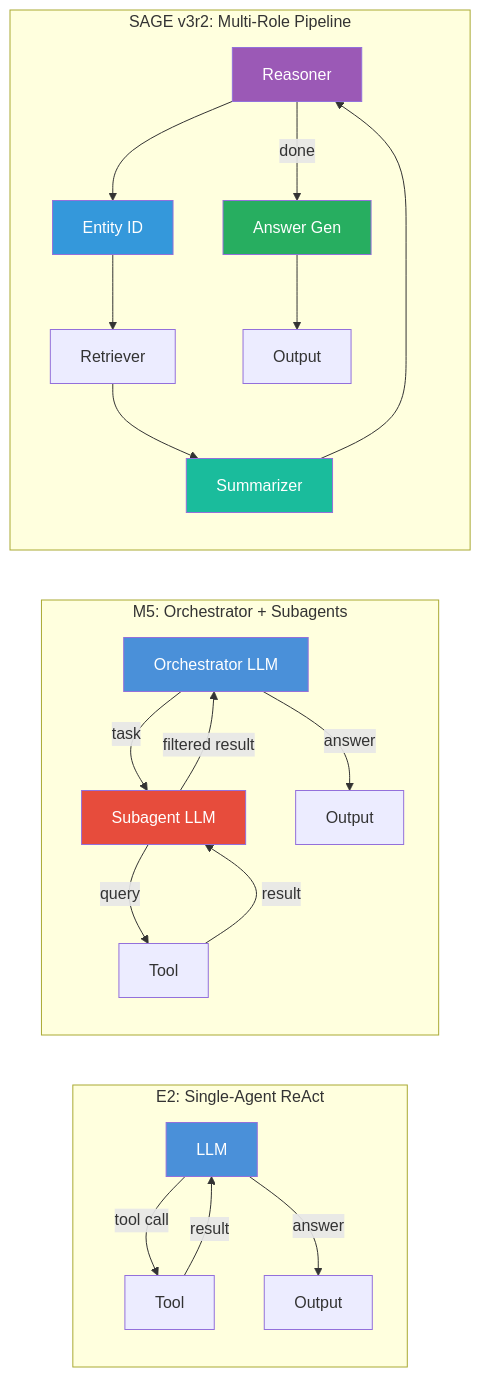
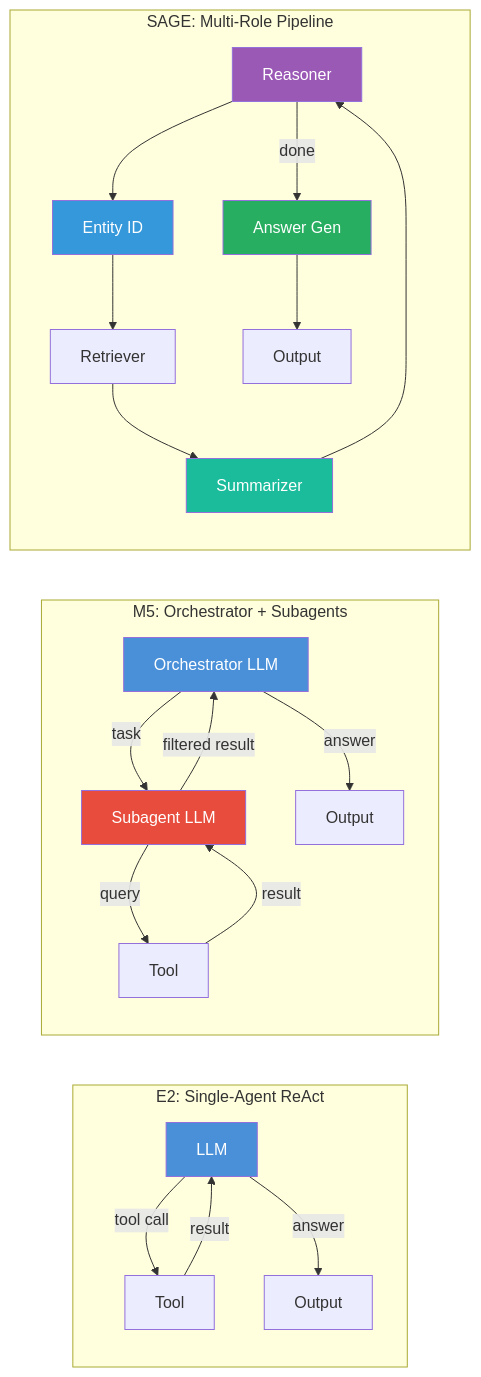
One commit to pradyutnair/msc-thesis changed the fourth of 4 diagrams in 03-sage-multi-agent/ARCHITECTURE.md. Above: the diagram before and after it, drawn with Mermaid. The commit also changed other lines of this file and 224 other files, not shown here.

````diff
--- a/03-sage-multi-agent/ARCHITECTURE.md
+++ b/03-sage-multi-agent/ARCHITECTURE.md
@@ -370,36 +419,36 @@
 ```mermaid
 flowchart LR
     subgraph E2 [E2: Single-Agent ReAct]
         direction TB
         A1[LLM] -->|tool call| T1[Tool]
         T1 -->|result| A1
         A1 -->|answer| O1[Output]
     end
 
     subgraph M5 [M5: Orchestrator + Subagents]
         direction TB
         A2[Orchestrator LLM] -->|task| S2[Subagent LLM]
         S2 -->|query| T2[Tool]
         T2 -->|result| S2
         S2 -->|filtered result| A2
         A2 -->|answer| O2[Output]
     end
 
-    subgraph SAGE [SAGE v3r2: Multi-Role Pipeline]
+    subgraph SAGE [SAGE: Multi-Role Pipeline]
         direction TB
         R3[Reasoner] --> E3[Entity ID]
         E3 --> T3[Retriever]
         T3 --> SU3[Summarizer]
         SU3 --> R3
         R3 -->|done| AN3[Answer Gen]
         AN3 --> O3[Output]
     end
 
     style A1 fill:#4a90d9,color:#fff
     style A2 fill:#4a90d9,color:#fff
     style S2 fill:#e74c3c,color:#fff
     style R3 fill:#9b59b6,color:#fff
     style E3 fill:#3498db,color:#fff
     style SU3 fill:#1abc9c,color:#fff
     style AN3 fill:#27ae60,color:#fff
 ```
````
